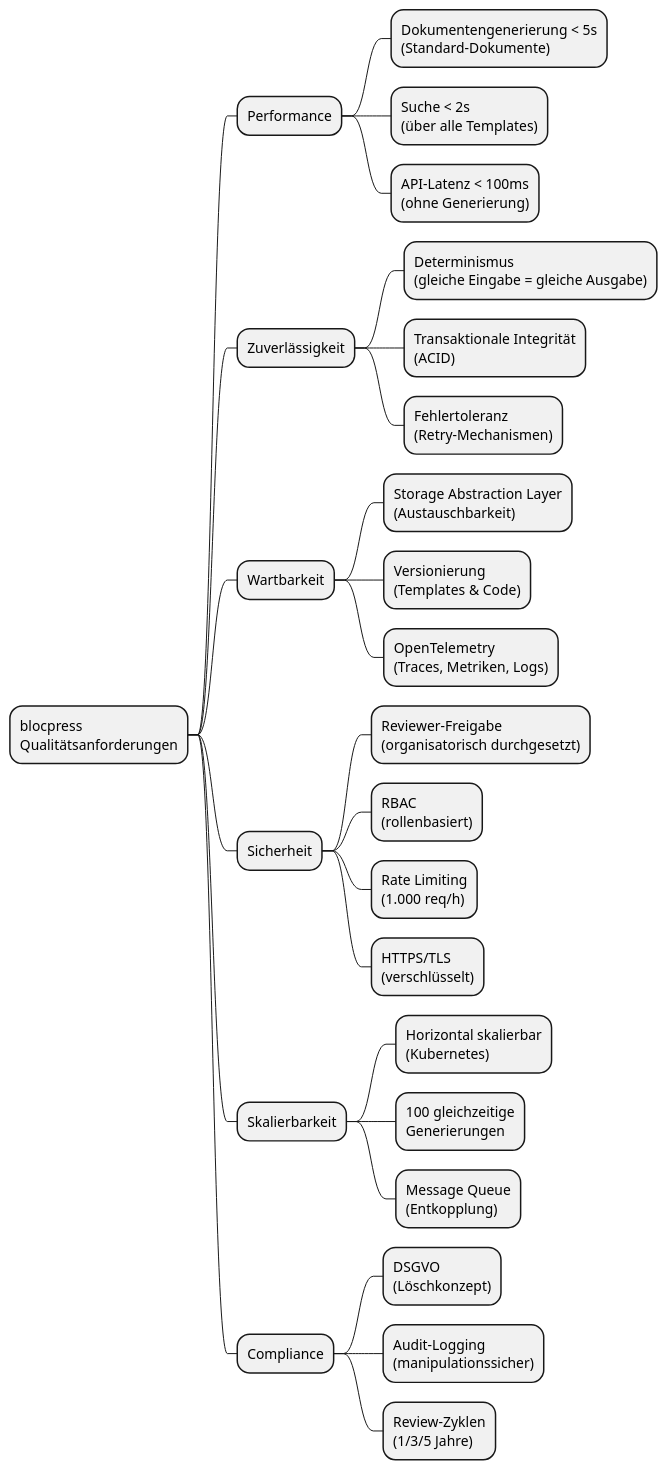
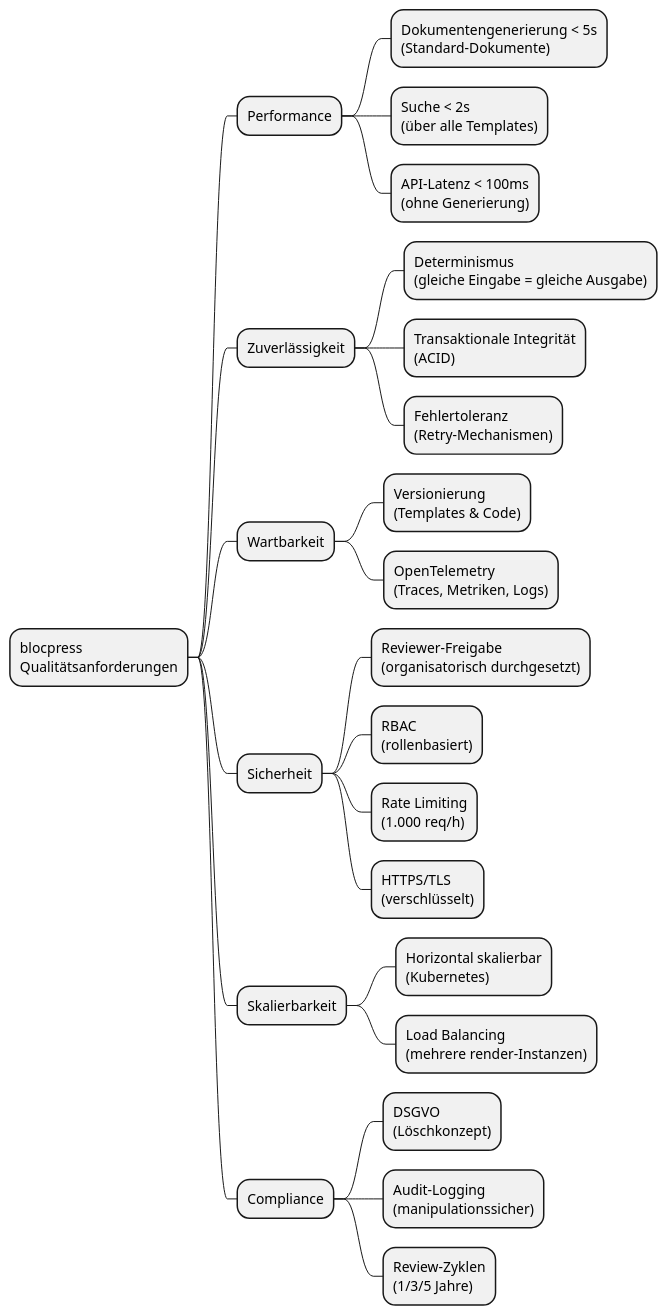
One commit to flaechsig/blocpress changed diagram 20 of 20 in docs/specification/arc42.adoc. Above: the diagram before and after it, drawn with PlantUML. The commit also changed other lines of this file and 42 other files, not shown here.

```diff
--- a/docs/specification/arc42.adoc
+++ b/docs/specification/arc42.adoc
@@ -2285,38 +2320,36 @@
 [plantuml, quality-tree, svg]
 ----
 @startmindmap
 * blocpress\nQualitätsanforderungen
 
 ** Performance
 *** Dokumentengenerierung < 5s\n(Standard-Dokumente)
 *** Suche < 2s\n(über alle Templates)
 *** API-Latenz < 100ms\n(ohne Generierung)
 
 ** Zuverlässigkeit
 *** Determinismus\n(gleiche Eingabe = gleiche Ausgabe)
 *** Transaktionale Integrität\n(ACID)
 *** Fehlertoleranz\n(Retry-Mechanismen)
 
 ** Wartbarkeit
-*** Storage Abstraction Layer\n(Austauschbarkeit)
 *** Versionierung\n(Templates & Code)
 *** OpenTelemetry\n(Traces, Metriken, Logs)
 
 ** Sicherheit
 *** Reviewer-Freigabe\n(organisatorisch durchgesetzt)
 *** RBAC\n(rollenbasiert)
 *** Rate Limiting\n(1.000 req/h)
 *** HTTPS/TLS\n(verschlüsselt)
 
 ** Skalierbarkeit
 *** Horizontal skalierbar\n(Kubernetes)
-*** 100 gleichzeitige\nGenerierungen
-*** Message Queue\n(Entkopplung)
+*** Load Balancing\n(mehrere render-Instanzen)
 
 ** Compliance
 *** DSGVO\n(Löschkonzept)
 *** Audit-Logging\n(manipulationssicher)
 *** Review-Zyklen\n(1/3/5 Jahre)
 
 @endmindmap
 ----
```
